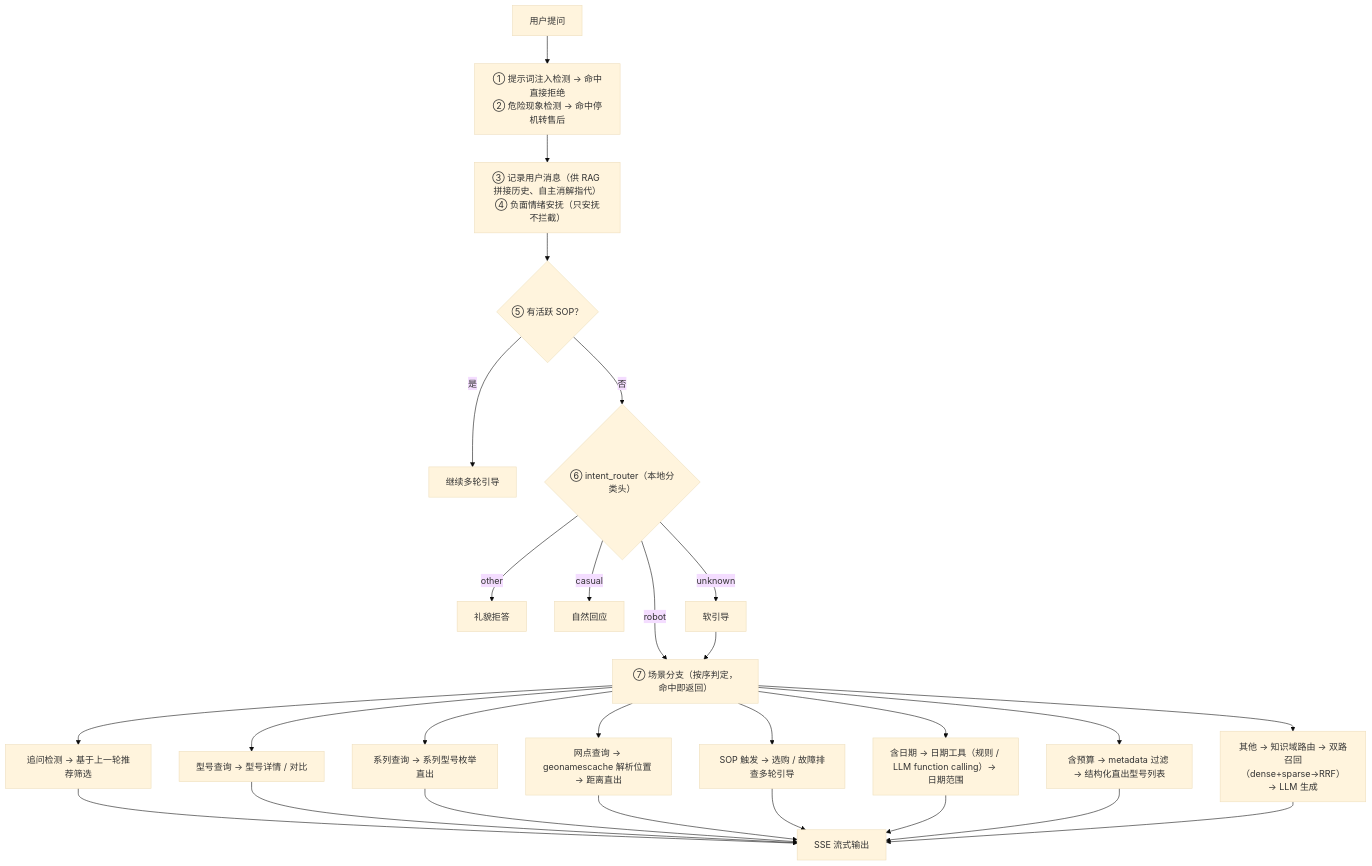
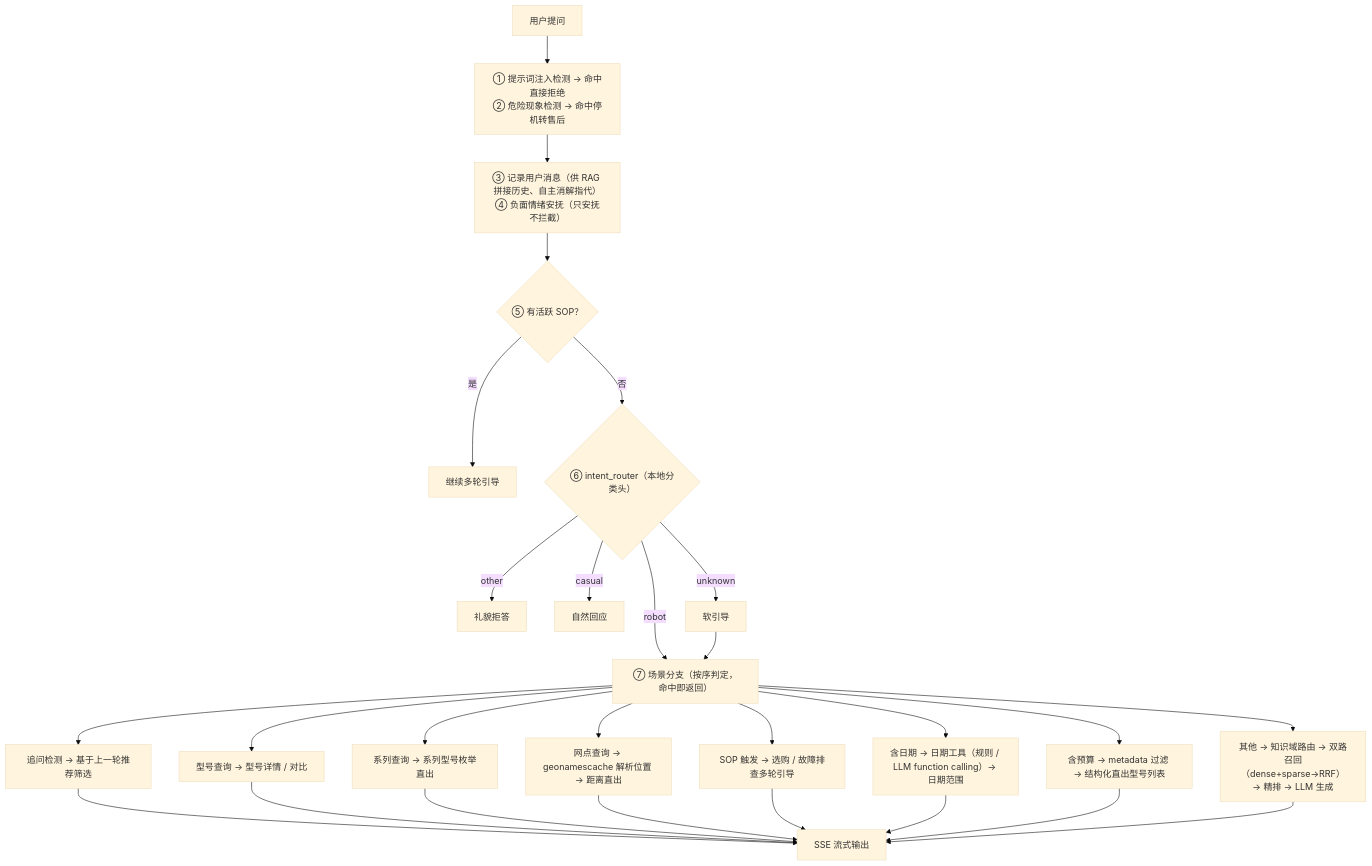
The diagram in README.md (apkdio/clean_robot_agent), drawn with Mermaid (base theme) before and after one commit. The commit also changed other lines of this file and 15 other files, not shown here.

````diff
--- a/README.md
+++ b/README.md
@@ -218,29 +253,29 @@
 ```mermaid
 flowchart TD
     Q["用户提问"] --> G1["① 提示词注入检测 → 命中直接拒绝<br/>② 危险现象检测 → 命中停机转售后"]
     G1 --> G2["③ 记录用户消息（供 RAG 拼接历史、自主消解指代）<br/>④ 负面情绪安抚（只安抚不拦截）"]
     G2 --> G3{"⑤ 有活跃 SOP？"}
     G3 -->|是| S1["继续多轮引导"]
     G3 -->|否| IR{"⑥ intent_router（本地分类头）"}
     IR -->|other| O1["礼貌拒答"]
     IR -->|casual| O2["自然回应"]
     IR -->|unknown| O3["软引导"]
     IR -->|robot| G4["⑦ 场景分支（按序判定，命中即返回）"]
     O3 --> G4
     G4 --> C1["追问检测 → 基于上一轮推荐筛选"]
     G4 --> C2["型号查询 → 型号详情 / 对比"]
     G4 --> C3["系列查询 → 系列型号枚举直出"]
     G4 --> C4["网点查询 → geonamescache 解析位置 → 距离直出"]
     G4 --> C5["SOP 触发 → 选购 / 故障排查多轮引导"]
     G4 --> C6["含日期 → 日期工具（规则 / LLM function calling）→ 日期范围"]
     G4 --> C7["含预算 → metadata 过滤 → 结构化直出型号列表"]
-    G4 --> C8["其他 → 知识域路由 → 双路召回（dense+sparse→RRF）→ LLM 生成"]
+    G4 --> C8["其他 → 知识域路由 → 双路召回（dense+sparse→RRF）→ 精排 → LLM 生成"]
     C1 --> OUT["SSE 流式输出"]
     C2 --> OUT
     C3 --> OUT
     C4 --> OUT
     C5 --> OUT
     C6 --> OUT
     C7 --> OUT
     C8 --> OUT
 ```
````
